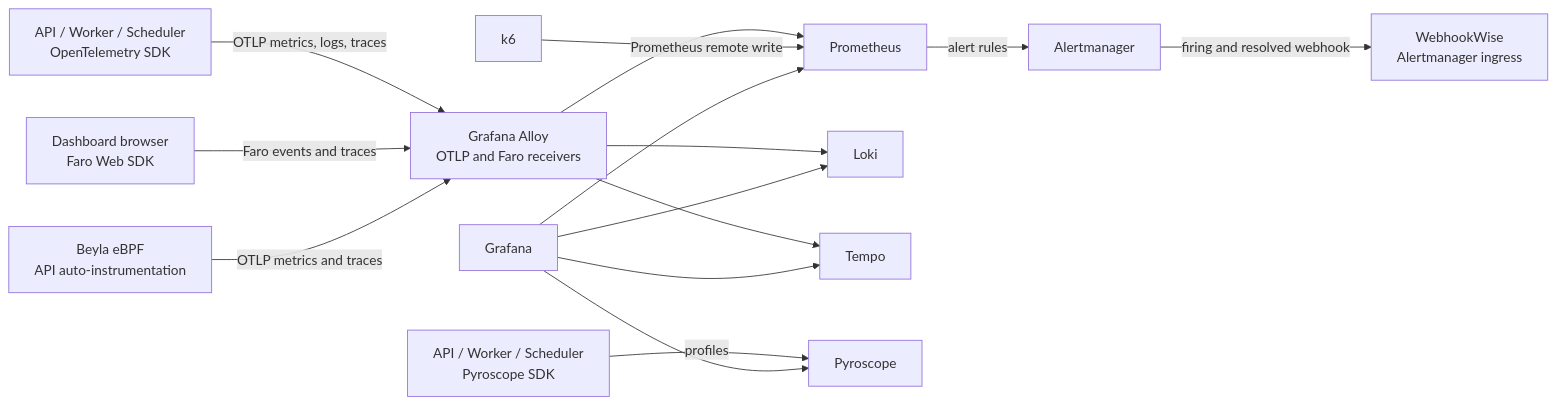
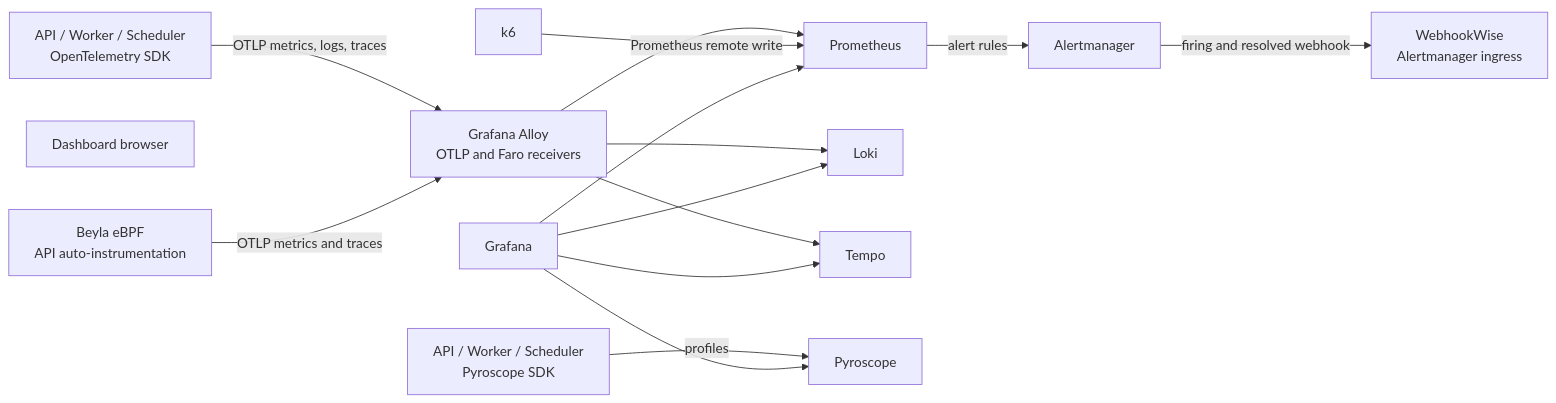
Before and after one commit to itswl/WebhookWise: the diagram in docs/operations/observability/overview.md, drawn with Mermaid. The commit also changed other lines of this file and 10 other files, not shown here.

````diff
--- a/docs/operations/observability/overview.md
+++ b/docs/operations/observability/overview.md
@@ -5,32 +5,31 @@
 ```mermaid
 flowchart LR
     app["API / Worker / Scheduler<br/>OpenTelemetry SDK"]
-    browser["Dashboard browser<br/>Faro Web SDK"]
+    browser["Dashboard browser"]
     beyla["Beyla eBPF<br/>API auto-instrumentation"]
     pyrosdk["API / Worker / Scheduler<br/>Pyroscope SDK"]
     k6["k6"]
 
     alloy["Grafana Alloy<br/>OTLP and Faro receivers"]
     prometheus["Prometheus"]
     loki["Loki"]
     tempo["Tempo"]
     pyroscope["Pyroscope"]
     alertmanager["Alertmanager"]
     grafana["Grafana"]
     webhookwise["WebhookWise<br/>Alertmanager ingress"]
 
     app -->|"OTLP metrics, logs, traces"| alloy
-    browser -->|"Faro events and traces"| alloy
     beyla -->|"OTLP metrics and traces"| alloy
     alloy --> prometheus
     alloy --> loki
     alloy --> tempo
     pyrosdk -->|"profiles"| pyroscope
     k6 -->|"Prometheus remote write"| prometheus
     prometheus -->|"alert rules"| alertmanager
     alertmanager -->|"firing and resolved webhook"| webhookwise
     grafana --> prometheus
     grafana --> loki
     grafana --> tempo
     grafana --> pyroscope
 ```
````
